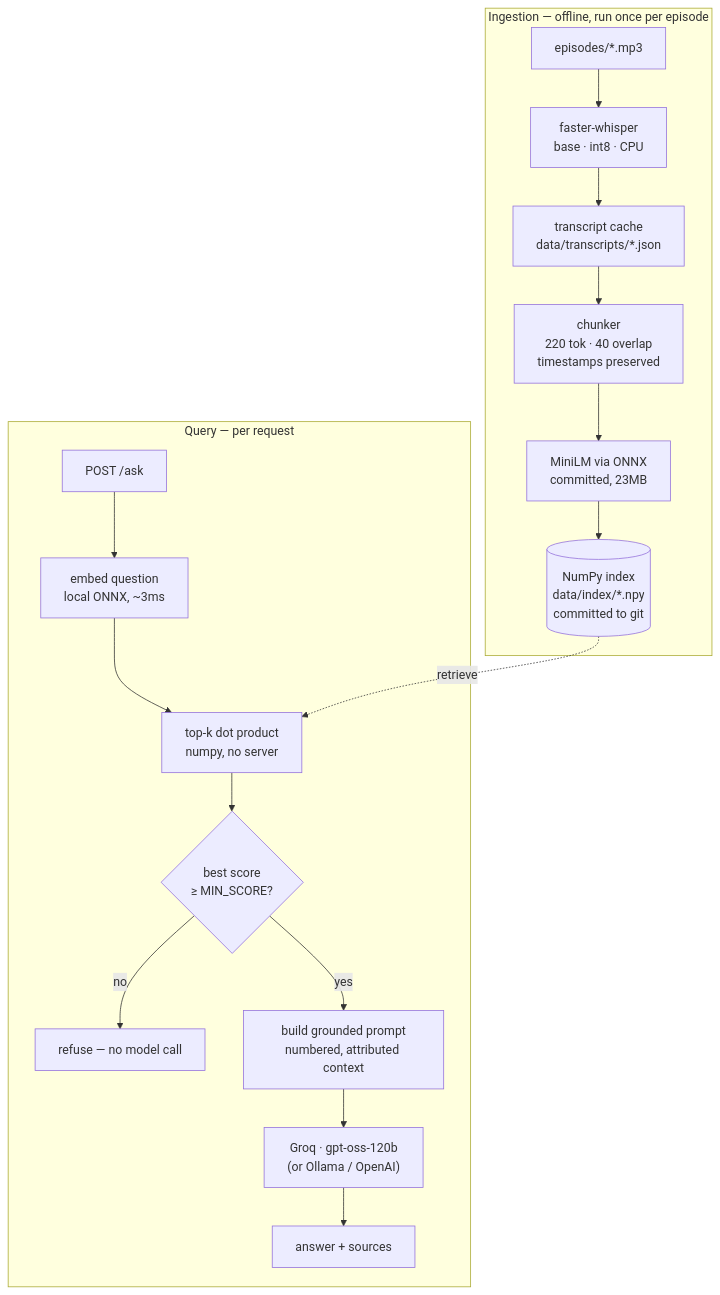
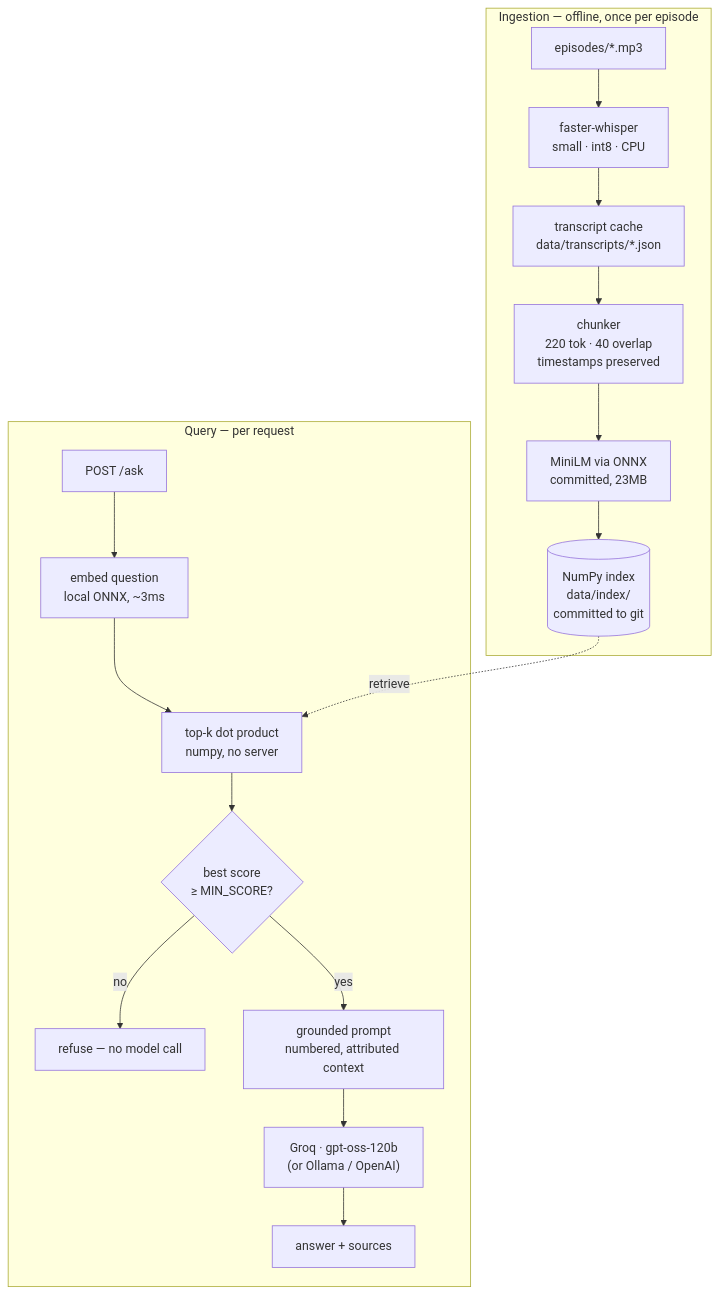
The diagram in README.md (clytaemnestra/ask-the-commit), drawn with Mermaid before and after one commit. The commit also changed other lines of this file and 13 other files, not shown here.

````diff
--- a/README.md
+++ b/README.md
@@ -63,21 +43,21 @@
 ```mermaid
 flowchart TB
-    subgraph ingestion["Ingestion — offline, run once per episode"]
-        A["episodes/*.mp3"] --> B["faster-whisper<br/>base · int8 · CPU"]
+    subgraph ingestion["Ingestion — offline, once per episode"]
+        A["episodes/*.mp3"] --> B["faster-whisper<br/>small · int8 · CPU"]
         B --> C["transcript cache<br/>data/transcripts/*.json"]
         C --> D["chunker<br/>220 tok · 40 overlap<br/>timestamps preserved"]
         D --> E["MiniLM via ONNX<br/>committed, 23MB"]
-        E --> F[("NumPy index<br/>data/index/*.npy<br/>committed to git")]
+        E --> F[("NumPy index<br/>data/index/<br/>committed to git")]
     end
 
     subgraph query["Query — per request"]
         G["POST /ask"] --> H["embed question<br/>local ONNX, ~3ms"]
         H --> I["top-k dot product<br/>numpy, no server"]
         F -.retrieve.-> I
         I --> J{"best score<br/>≥ MIN_SCORE?"}
         J -- no --> K["refuse — no model call"]
-        J -- yes --> L["build grounded prompt<br/>numbered, attributed context"]
+        J -- yes --> L["grounded prompt<br/>numbered, attributed context"]
         L --> M["Groq · gpt-oss-120b<br/>(or Ollama / OpenAI)"]
         M --> N["answer + sources"]
     end
 ```
````
